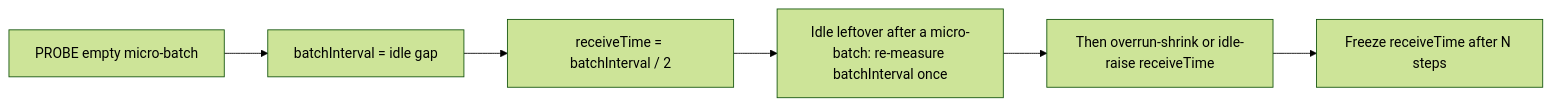
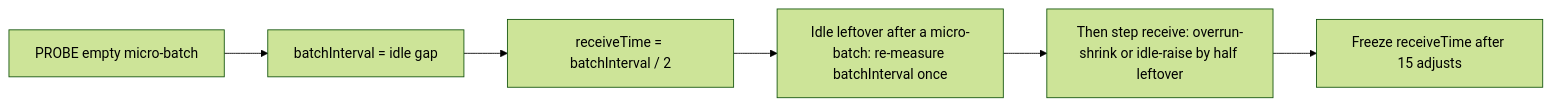
Before and after one commit to juarezr/spark-streaming-google-pubsub: the second of 2 diagrams in README.md, drawn with Mermaid (forest theme). The commit also changed other lines of this file and 2 other files, not shown here.

Commit message:
fix: impove AutoBatchTime logic to approximate receiveTime adjustments over 15 cycles

````diff
--- a/README.md
+++ b/README.md
@@ -209,10 +209,10 @@
 ```mermaid
 flowchart LR
   probe[PROBE empty micro-batch]
   seed[batchInterval = idle gap]
   half[receiveTime = batchInterval / 2]
   idleRaise[Idle leftover after a micro-batch: re-measure batchInterval once]
-  adjust[Then overrun-shrink or idle-raise receiveTime]
-  freeze[Freeze receiveTime after N steps]
+  adjust[Then step receive: overrun-shrink or idle-raise by half leftover]
+  freeze[Freeze receiveTime after 15 adjusts]
   probe --> seed --> half --> idleRaise --> adjust --> freeze
 ```
````
